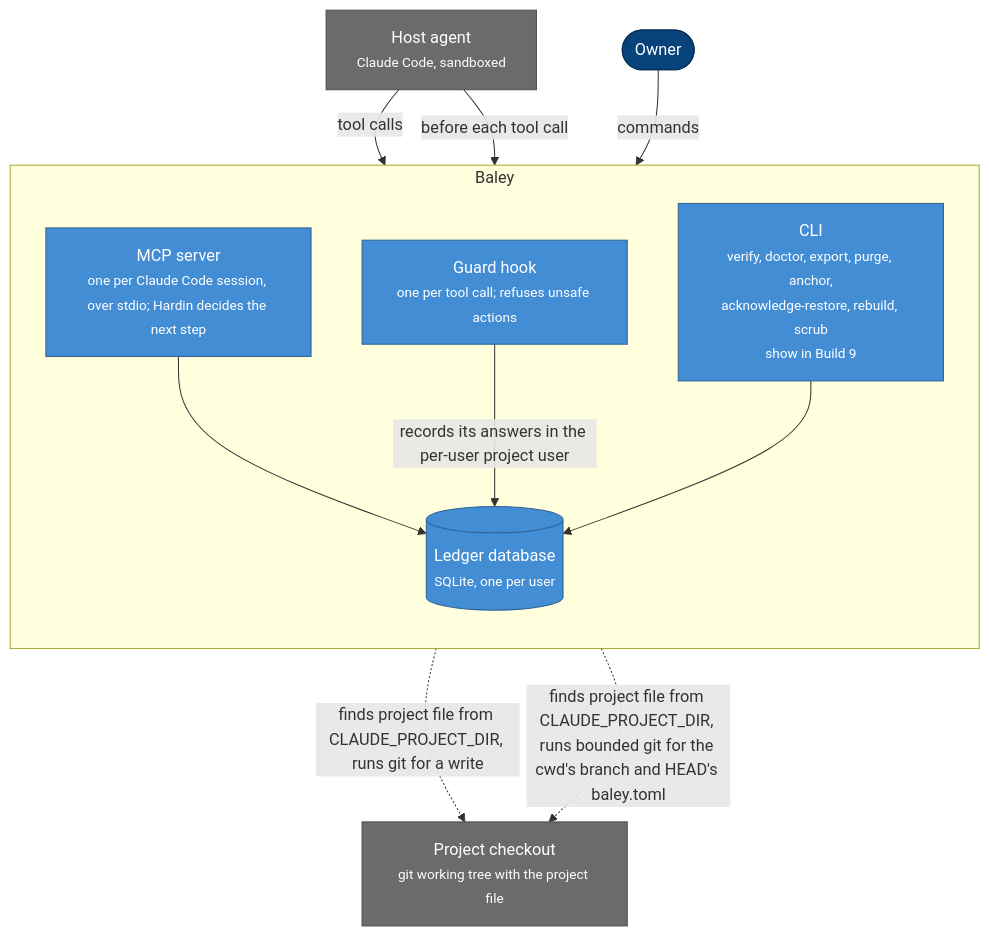
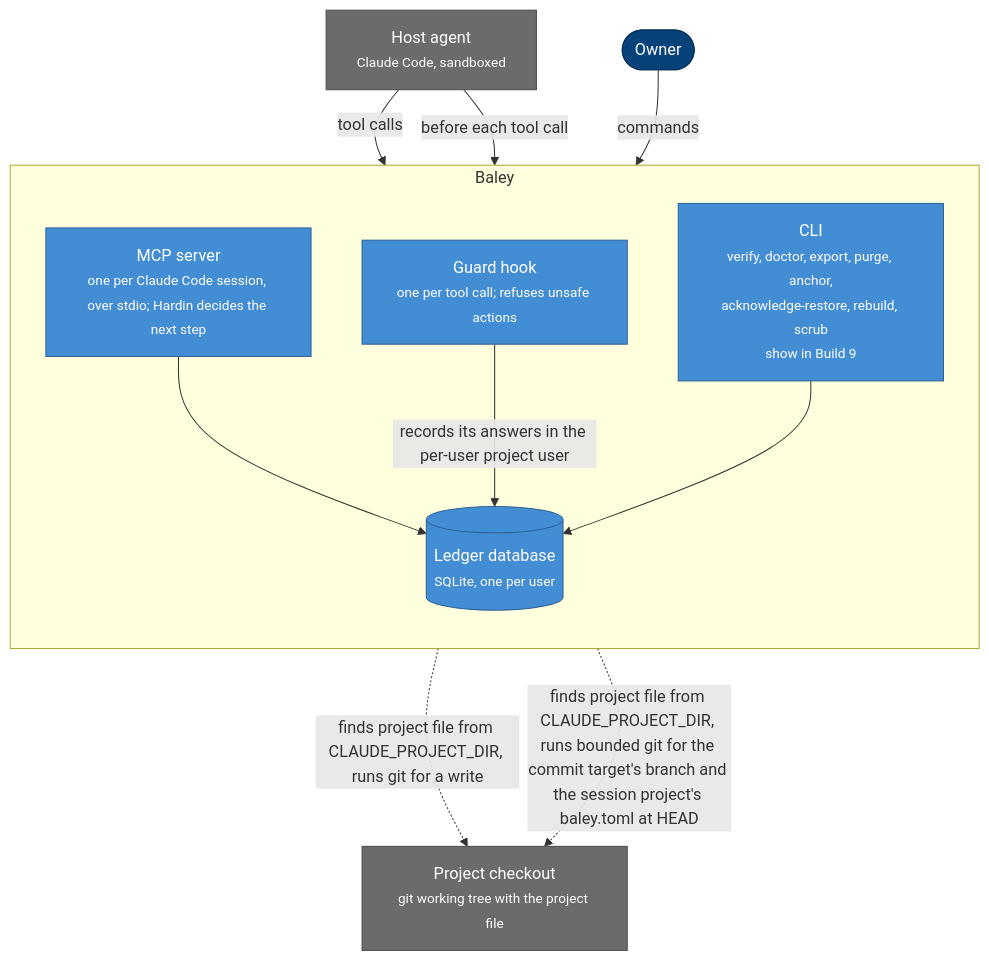
The second of 14 diagrams in docs/design/0001-evidence-ledger.md (crenshawdev/baley), drawn with Mermaid before and after one commit. The commit also changed 3 other files, not shown here.

````diff
--- a/docs/design/0001-evidence-ledger.md
+++ b/docs/design/0001-evidence-ledger.md
@@ -144,27 +144,27 @@
 ```mermaid
 flowchart TB
   owner(["Owner"])
   host["Host agent<br/><small>Claude Code, sandboxed</small>"]
   subgraph baley [Baley]
     direction TB
     server["MCP server<br/><small>one per Claude Code session, over stdio; Hardin decides the next step</small>"]
     guard["Guard hook<br/><small>one per tool call; refuses unsafe actions</small>"]
     cli["CLI<br/><small>verify, doctor, export, purge, anchor,<br/>acknowledge-restore, rebuild, scrub<br/>show in Build 9</small>"]
     db[("Ledger database<br/><small>SQLite, one per user</small>")]
   end
   checkout["Project checkout<br/><small>git working tree with the project file</small>"]
   host -->|tool calls| server
   host -->|before each tool call| guard
   owner -->|commands| cli
   server --> db
   guard -->|records its answers in the per-user project user| db
   cli --> db
   server -.->|finds project file from CLAUDE_PROJECT_DIR, runs git for a write| checkout
-  guard -.->|finds project file from CLAUDE_PROJECT_DIR, runs bounded git for the cwd's branch and HEAD's baley.toml| checkout
+  guard -.->|finds project file from CLAUDE_PROJECT_DIR, runs bounded git for the commit target's branch and the session project's baley.toml at HEAD| checkout
   classDef person fill:#08427b,stroke:#052e56,color:#fff
   classDef container fill:#438dd5,stroke:#2e6295,color:#fff
   classDef external fill:#6b6b6b,stroke:#4d4d4d,color:#fff
   class owner person
   class server,guard,cli,db container
   class host,checkout external
 ```
````
